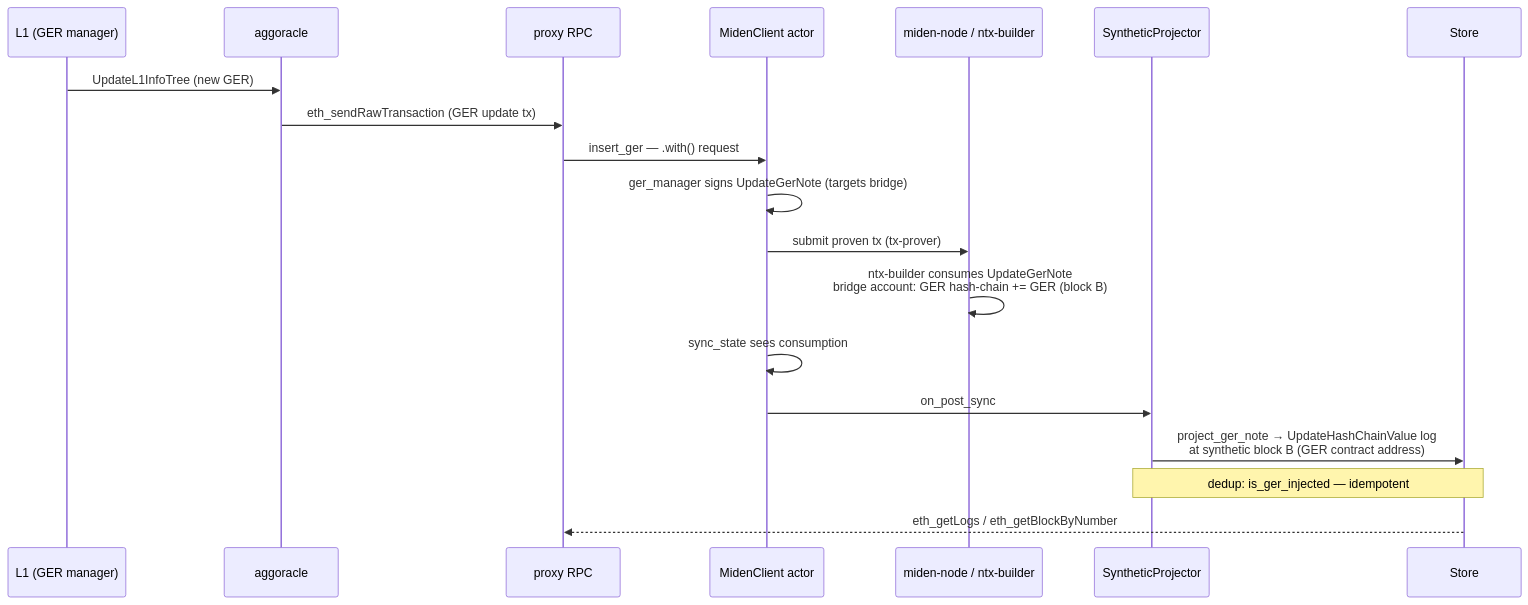
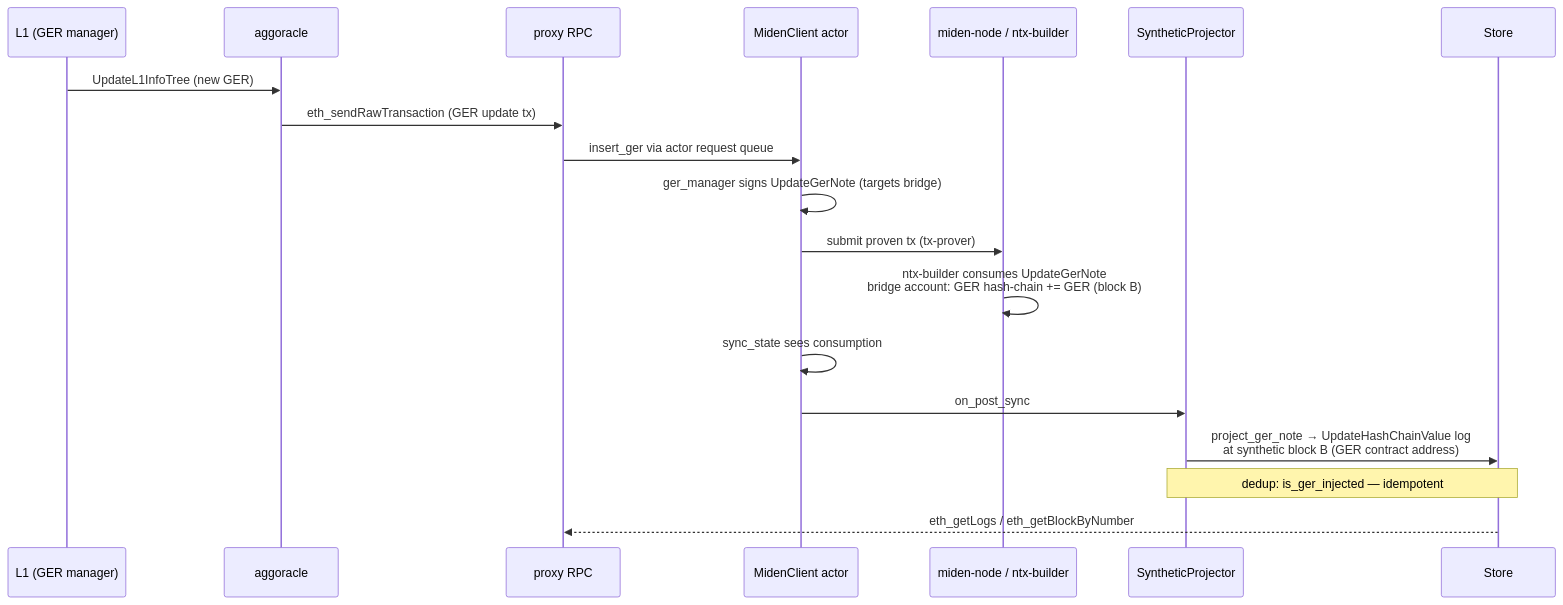
Before and after one commit to gateway-fm/miden-agglayer: the second of 7 diagrams in docs/ARCHITECTURE.md, drawn with Mermaid. The commit also changed other lines of this file, not shown here.

Commit message:
docs: fix Mermaid parse errors (semicolon splits statements, bare () token)

````diff
--- a/docs/ARCHITECTURE.md
+++ b/docs/ARCHITECTURE.md
@@ -79,22 +79,22 @@
 ```mermaid
 sequenceDiagram
     participant L1 as L1 (GER manager)
     participant AO as aggoracle
     participant RPC as proxy RPC
     participant MC as MidenClient actor
     participant N as miden-node / ntx-builder
     participant SP as SyntheticProjector
     participant ST as Store
 
     L1->>AO: UpdateL1InfoTree (new GER)
     AO->>RPC: eth_sendRawTransaction (GER update tx)
-    RPC->>MC: insert_ger — .with() request
+    RPC->>MC: insert_ger via actor request queue
     MC->>MC: ger_manager signs UpdateGerNote (targets bridge)
     MC->>N: submit proven tx (tx-prover)
     N->>N: ntx-builder consumes UpdateGerNote<br/>bridge account: GER hash-chain += GER (block B)
     MC->>MC: sync_state sees consumption
     MC->>SP: on_post_sync
     SP->>ST: project_ger_note → UpdateHashChainValue log<br/>at synthetic block B (GER contract address)
     Note over SP,ST: dedup: is_ger_injected — idempotent
     ST-->>RPC: eth_getLogs / eth_getBlockByNumber
 ```
````
